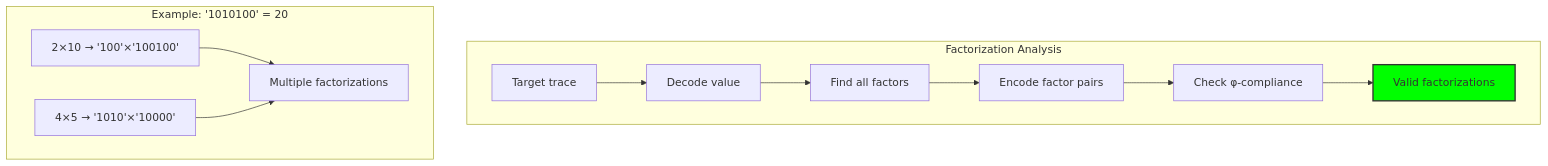
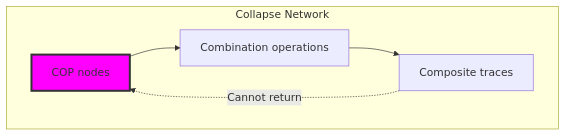
The fourth of 13 diagrams in docs/codex/volume-01-trace-numbers/chapter-023-prime-trace.md (loning/the-binarymath), drawn with Mermaid before and after one commit. The commit also changed other lines of this file and 4 other files, not shown here.

````diff
--- a/docs/codex/volume-01-trace-numbers/chapter-023-prime-trace.md
+++ b/docs/codex/volume-01-trace-numbers/chapter-023-prime-trace.md
@@ -174,28 +227,14 @@
 ```mermaid
 graph TD
-    subgraph "Factorization Analysis"
-        TARGET["Target trace"]
-        VALUE["Decode value"]
-        FACTORS["Find all factors"]
-        ENCODE["Encode factor pairs"]
-        VALIDATE["Check φ-compliance"]
-        RESULT["Valid factorizations"]
+    subgraph "Collapse Network"
+        COP1["COP nodes"]
+        COMPOSITE["Composite traces"]
+        COMBINE["Combination operations"]
         
-        TARGET --> VALUE
-        VALUE --> FACTORS
-        FACTORS --> ENCODE
-        ENCODE --> VALIDATE
-        VALIDATE --> RESULT
+        COP1 --> COMBINE
+        COMBINE --> COMPOSITE
+        COMPOSITE -.->|"Cannot return"| COP1
     end
     
-    subgraph "Example: '1010100' = 20"
-        F1["2×10 → '100'×'100100'"]
-        F2["4×5 → '1010'×'10000'"]
-        
-        MULTIPLE["Multiple factorizations"]
-        
-        F1 & F2 --> MULTIPLE
-    end
-    
-    style RESULT fill:#0f0,stroke:#333,stroke-width:2px
+    style COP1 fill:#f0f,stroke:#333,stroke-width:3px
 ```
````
